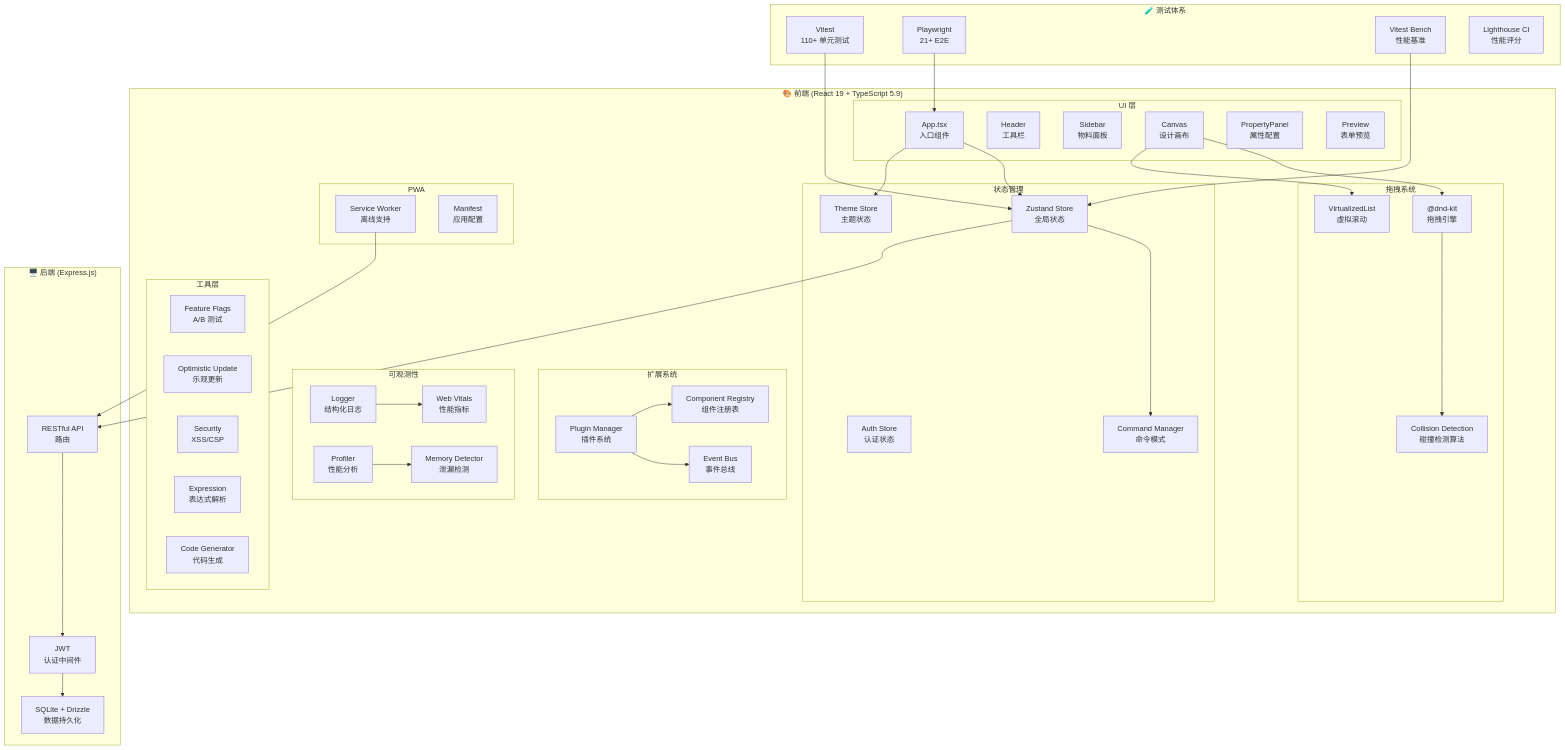
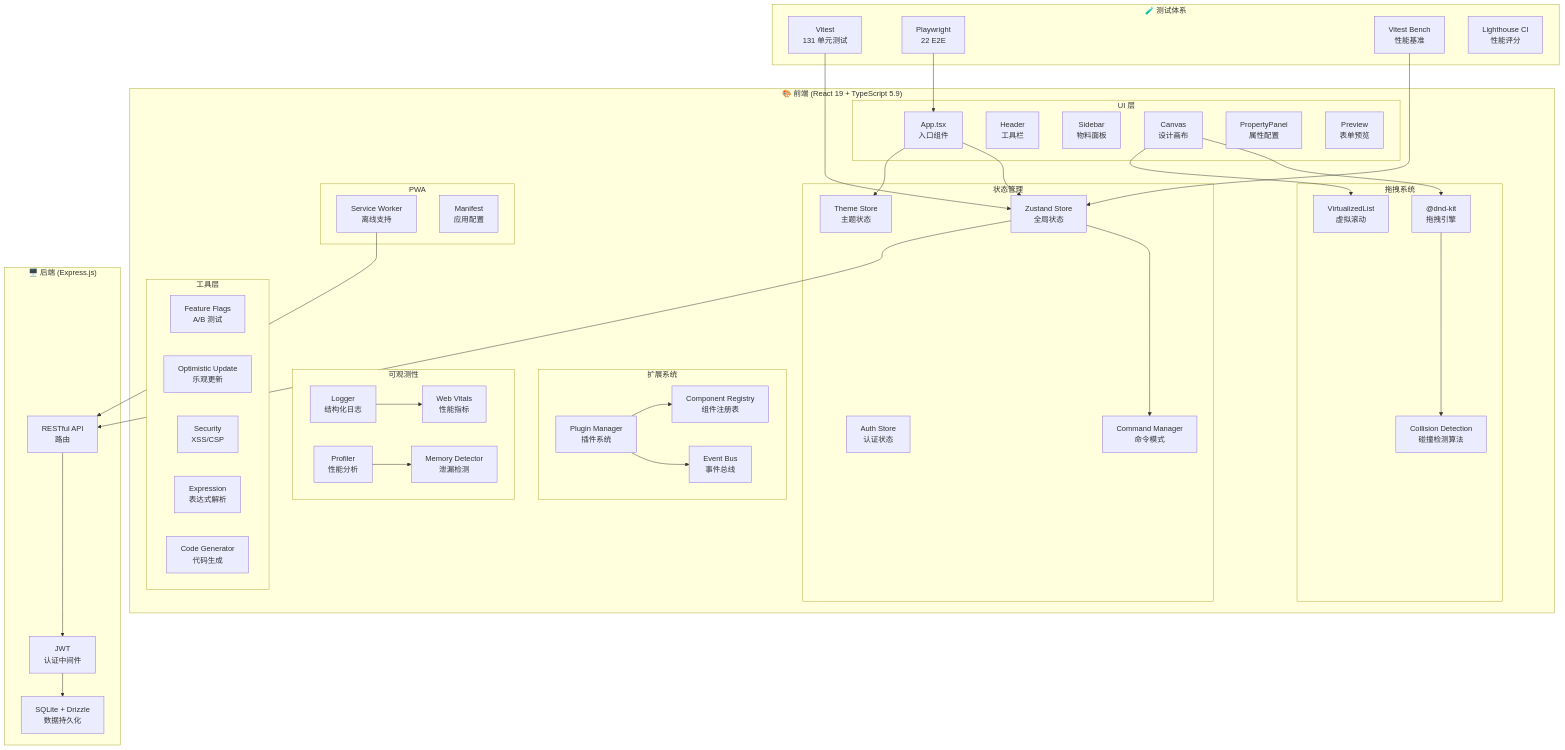
Before and after one commit to lwayne7/low-code-form: the first of 2 diagrams in README.md, drawn with Mermaid. The commit also changed other lines of this file and 3 other files, not shown here.

```diff
--- a/README.md
+++ b/README.md
@@ -122,8 +131,8 @@
     end
 
     subgraph Testing["🧪 测试体系"]
-        Unit["Vitest<br/>110+ 单元测试"]
-        E2E["Playwright<br/>21+ E2E"]
+        Unit["Vitest<br/>131 单元测试"]
+        E2E["Playwright<br/>22 E2E"]
         Bench["Vitest Bench<br/>性能基准"]
         LHCI["Lighthouse CI<br/>性能评分"]
     end
```
